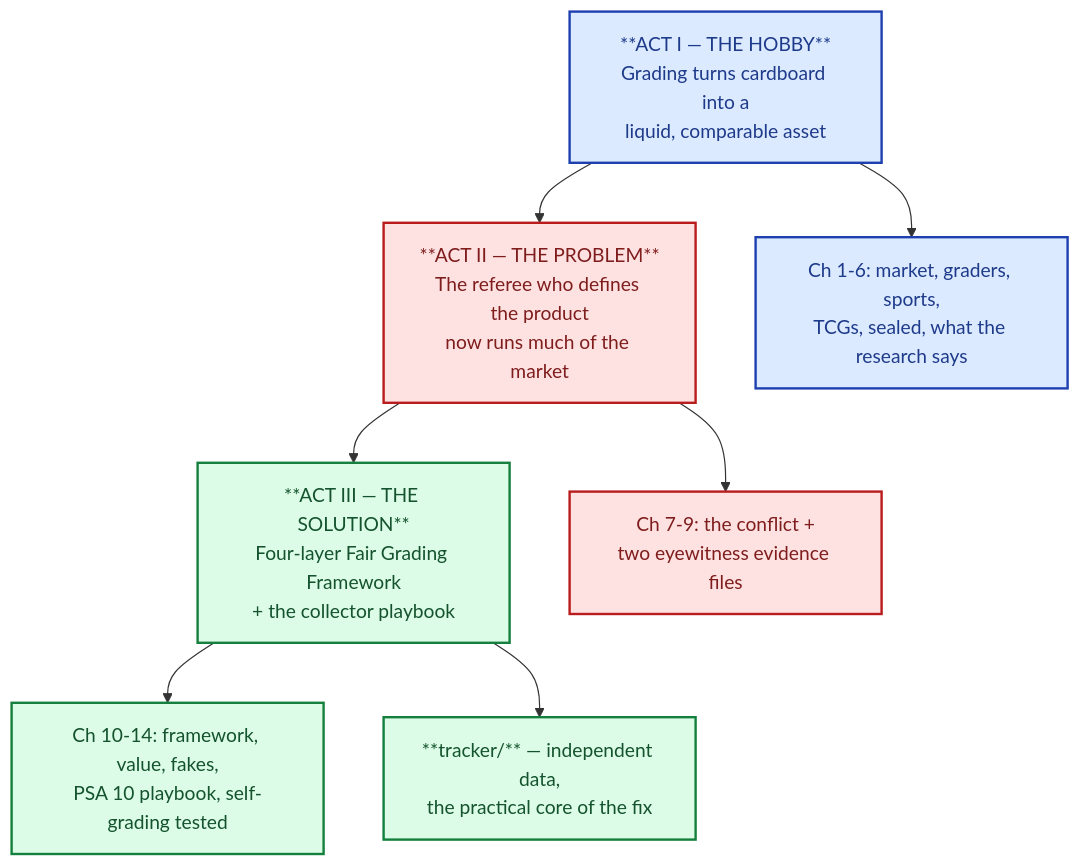
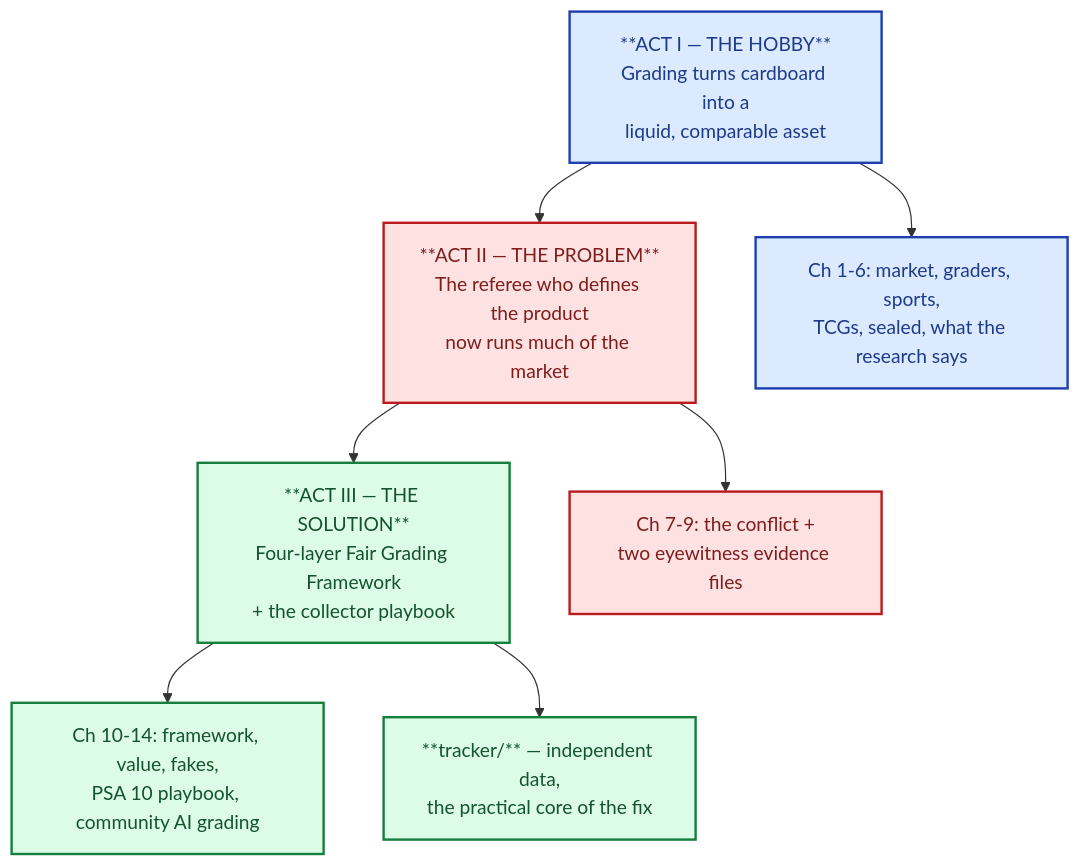
The diagram in README.md (m0n3r0/trading-card-collector), drawn with Mermaid before and after one commit. The commit also changed other lines of this file and 4 other files, not shown here.

First line of the commit message:
docs: replace the self-grading chapter with open community AI grading (ch 14)

````diff
--- a/README.md
+++ b/README.md
@@ -6,22 +6,22 @@
 ```mermaid
 
 flowchart TD
 classDef act1 fill:#dbeafe,stroke:#1e40af,stroke-width:2px,color:#1e3a8a;
 classDef act2 fill:#fee2e2,stroke:#b91c1c,stroke-width:2px,color:#7f1d1d;
 classDef act3 fill:#dcfce7,stroke:#15803d,stroke-width:2px,color:#14532d;
 classDef key fill:#fde68a,stroke:#b45309,stroke-width:2.5px,color:#78350f;
 classDef risk fill:#fecaca,stroke:#991b1b,stroke-width:2px,color:#7f1d1d;
 classDef verify fill:#bbf7d0,stroke:#15803d,stroke-width:2px,color:#14532d;
 classDef unv fill:#fef3c7,stroke:#b45309,stroke-width:2px,stroke-dasharray:6 4,color:#78350f;
 classDef money fill:#fef9c3,stroke:#a16207,stroke-width:2px,color:#713f12;
 classDef flow fill:#f1f5f9,stroke:#64748b,stroke-width:1.5px,color:#334155;
 classDef endg fill:#e2e8f0,stroke:#475569,stroke-width:2px,color:#1e293b;
   A["**ACT I — THE HOBBY**<br/>Grading turns cardboard into a<br/>liquid, comparable asset"]:::act1 --> B
   B["**ACT II — THE PROBLEM**<br/>The referee who defines the product<br/>now runs much of the market"]:::act2 --> C
   C["**ACT III — THE SOLUTION**<br/>Four-layer Fair Grading Framework<br/>+ the collector playbook"]:::act3
 
   A --> A1["Ch 1-6: market, graders, sports,<br/>TCGs, sealed, what the research says"]:::act1
   B --> B1["Ch 7-9: the conflict +<br/>two eyewitness evidence files"]:::act2
-  C --> C1["Ch 10-14: framework, value, fakes,<br/>PSA 10 playbook, self-grading tested"]:::act3
+  C --> C1["Ch 10-14: framework, value, fakes,<br/>PSA 10 playbook, community AI grading"]:::act3
   C --> T["**tracker/** — independent data,<br/>the practical core of the fix"]:::act3
 ```
````
